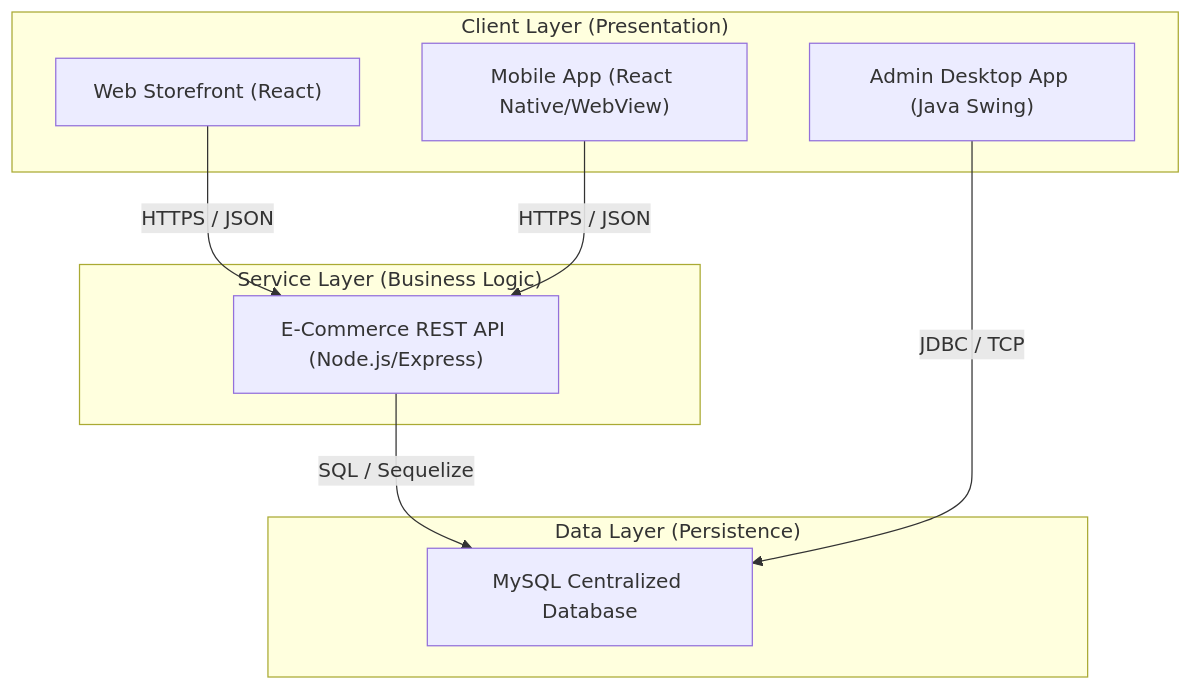
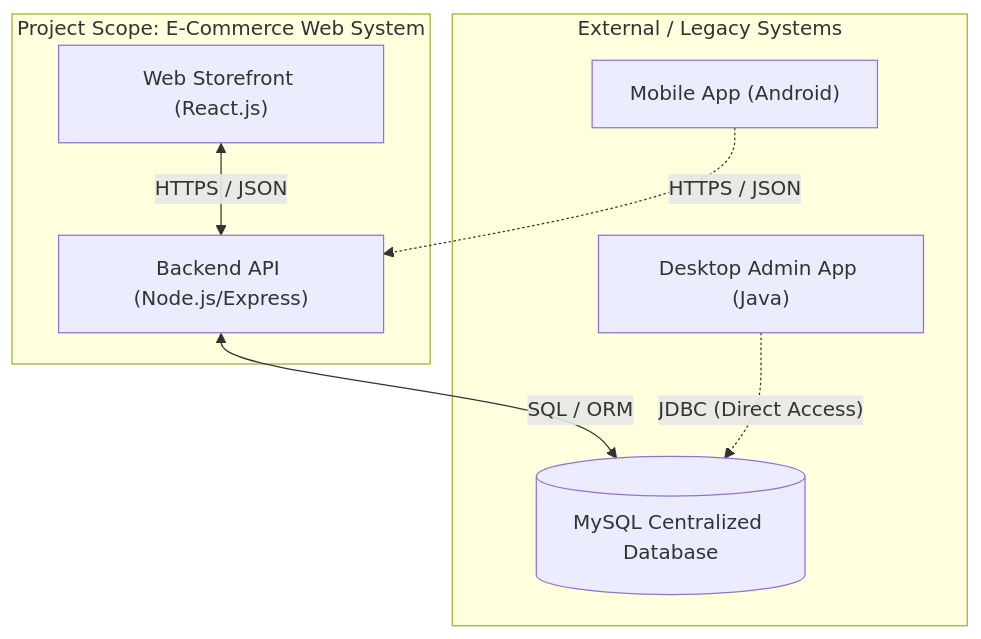
One commit to mrodriguezul/cti-adp-software changed the first of 3 diagrams in e-commerce/doc/README.md. Above: the diagram before and after it, drawn with Mermaid. The commit also changed other lines of this file, not shown here.

Commit message:
Add software architecture documentation for e-commerce project

````diff
--- a/e-commerce/doc/README.md
+++ b/e-commerce/doc/README.md
@@ -92,22 +92,19 @@
 ```mermaid
 graph TD
-    subgraph "Client Layer (Presentation)"
-        Web["Web Storefront (React)"]
-        Mobile["Mobile App (React Native/WebView)"]
-        Admin["Admin Desktop App (Java Swing)"]
+    subgraph "Project Scope: E-Commerce Web System"
+        Web["Web Storefront (React.js)"]
+        API["Backend API (Node.js/Express)"]
     end
 
-    subgraph "Service Layer (Business Logic)"
-        API["E-Commerce REST API (Node.js/Express)"]
-    end
-
-    subgraph "Data Layer (Persistence)"
-        DB["MySQL Centralized Database"]
+    subgraph "External / Legacy Systems"
+        DB[("MySQL Centralized Database")]
+        Desktop["Desktop Admin App (Java)"]
+        Mobile["Mobile App (Android)"]
     end
 
     %% Connections
-    Web -->|HTTPS / JSON| API
-    Mobile -->|HTTPS / JSON| API
-    API -->|SQL / Sequelize| DB
-    Admin -->|JDBC / TCP| DB
+    Web <-->|"HTTPS / JSON"| API
+    API <-->|"SQL / ORM"| DB
+    Desktop -.->|"JDBC (Direct Access)"| DB
+    Mobile -.->|"HTTPS / JSON"| API
 ```
````
